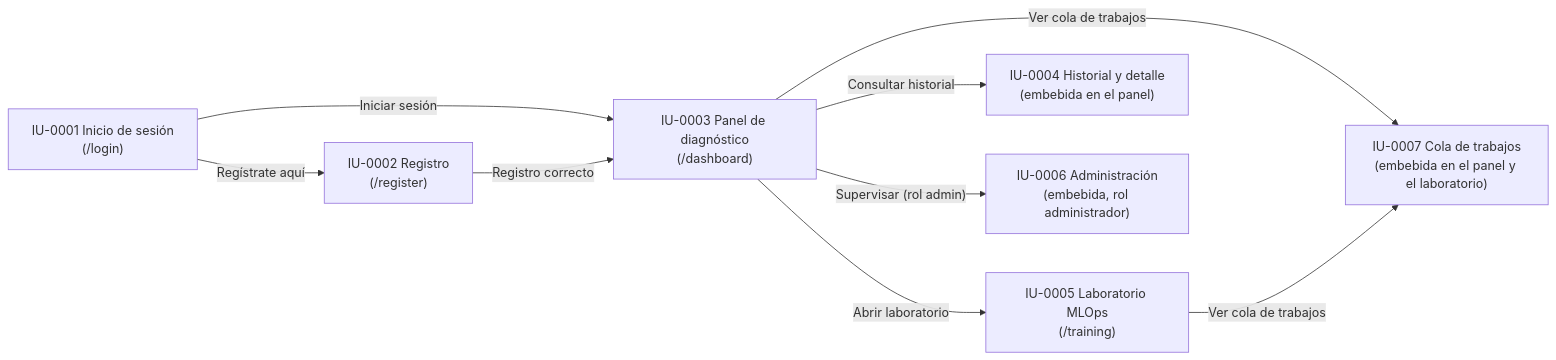
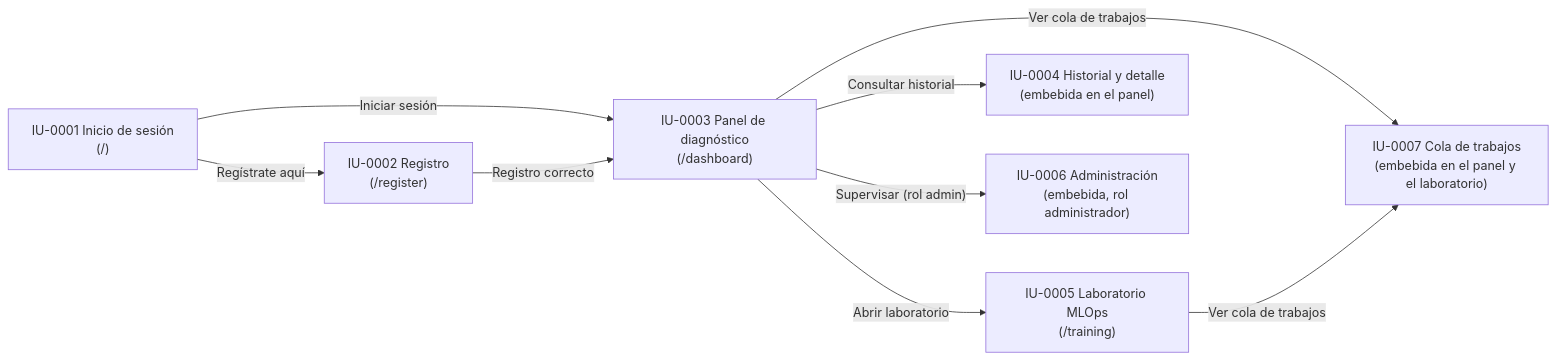
The first of 7 diagrams in Documentacion/Capitulo22_Diseno_de_Interfaces_de_los_Subsistemas.md (eLeCe2611/vitalXAI), drawn with Mermaid before and after one commit. The commit also changed other lines of this file and 42 other files, not shown here.

````diff
--- a/Documentacion/Capitulo22_Diseno_de_Interfaces_de_los_Subsistemas.md
+++ b/Documentacion/Capitulo22_Diseno_de_Interfaces_de_los_Subsistemas.md
@@ -9,11 +9,11 @@
 ```mermaid
 flowchart LR
-    L["IU-0001 Inicio de sesión<br/>(/login)"] -->|"Regístrate aquí"| R["IU-0002 Registro<br/>(/register)"]
+    L["IU-0001 Inicio de sesión<br/>(/)"] -->|"Regístrate aquí"| R["IU-0002 Registro<br/>(/register)"]
     L -->|"Iniciar sesión"| D["IU-0003 Panel de diagnóstico<br/>(/dashboard)"]
     R -->|"Registro correcto"| D
     D -->|"Abrir laboratorio"| T["IU-0005 Laboratorio MLOps<br/>(/training)"]
     D -->|"Consultar historial"| H["IU-0004 Historial y detalle<br/>(embebida en el panel)"]
     D -->|"Ver cola de trabajos"| Q["IU-0007 Cola de trabajos<br/>(embebida en el panel y el laboratorio)"]
     D -->|"Supervisar (rol admin)"| A["IU-0006 Administración<br/>(embebida, rol administrador)"]
     T -->|"Ver cola de trabajos"| Q
 ```
````
